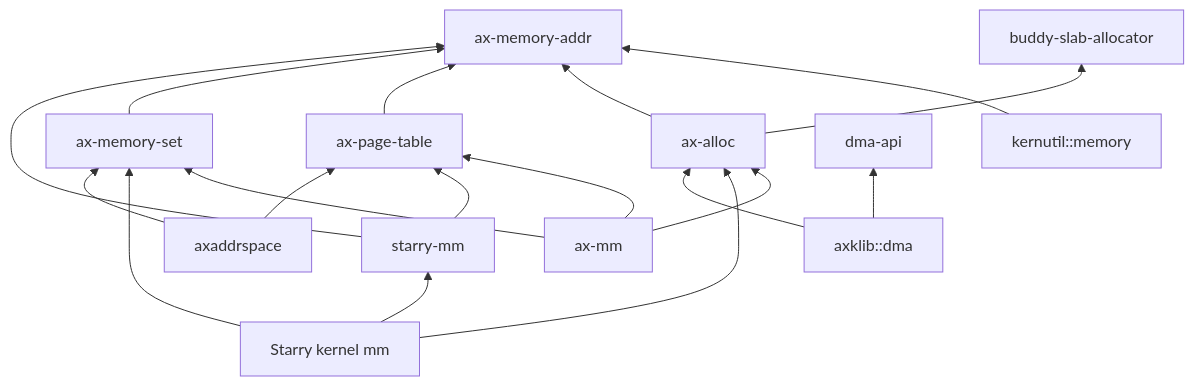
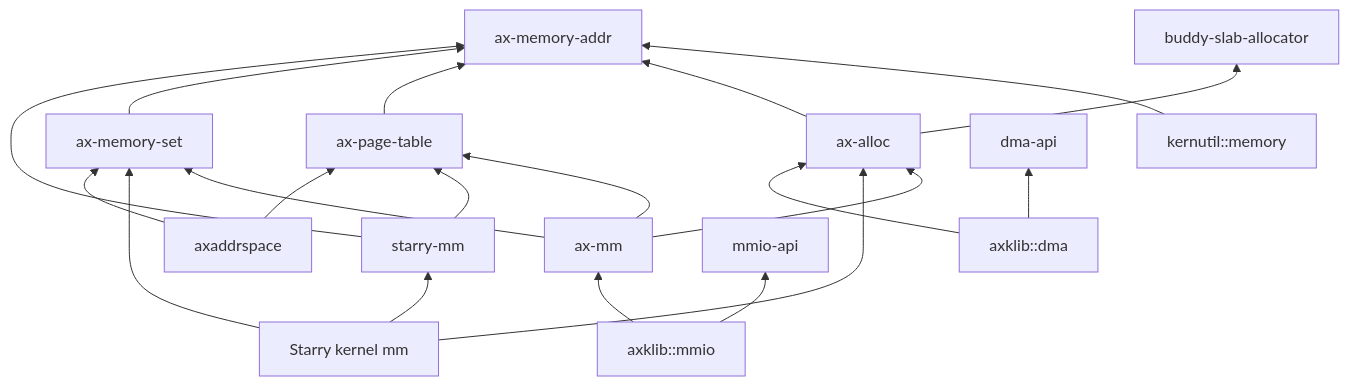
One commit to rcore-os/tgoskits changed the second of 3 diagrams in docs/docs/architecture/memory/overview.md. Above: the diagram before and after it, drawn with Mermaid. The commit also changed other lines of this file and 12 other files, not shown here.

````diff
--- a/docs/docs/architecture/memory/overview.md
+++ b/docs/docs/architecture/memory/overview.md
@@ -127,23 +128,26 @@
 ```mermaid
 flowchart BT
     Addr["ax-memory-addr"]
     Kern["kernutil::memory"] --> Addr
     Buddy["buddy-slab-allocator"]
     Alloc["ax-alloc"] --> Buddy
     Alloc --> Addr
     PT["ax-page-table"] --> Addr
     Set["ax-memory-set"] --> Addr
     Axmm["ax-mm"] --> Alloc
     Axmm --> PT
     Axmm --> Set
     Starry["starry-mm"] --> PT
     Starry --> Addr
     Kernel["Starry kernel mm"] --> Starry
     Kernel --> Set
     Kernel --> Alloc
     Guest["axaddrspace"] --> Set
     Guest --> PT
     Dma["dma-api"]
     Klib["axklib::dma"] --> Dma
     Klib --> Alloc
+    Mmio["mmio-api"]
+    KlibMmio["axklib::mmio"] --> Mmio
+    KlibMmio --> Axmm
 ```
````
